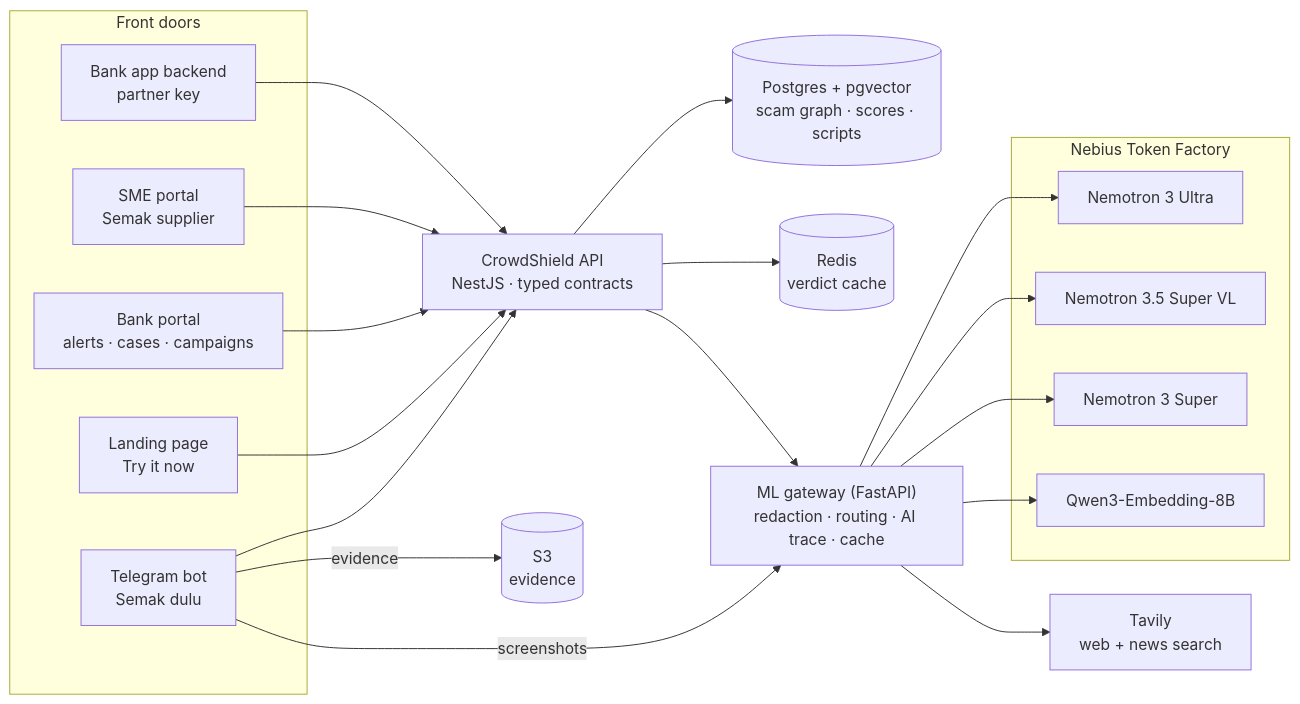
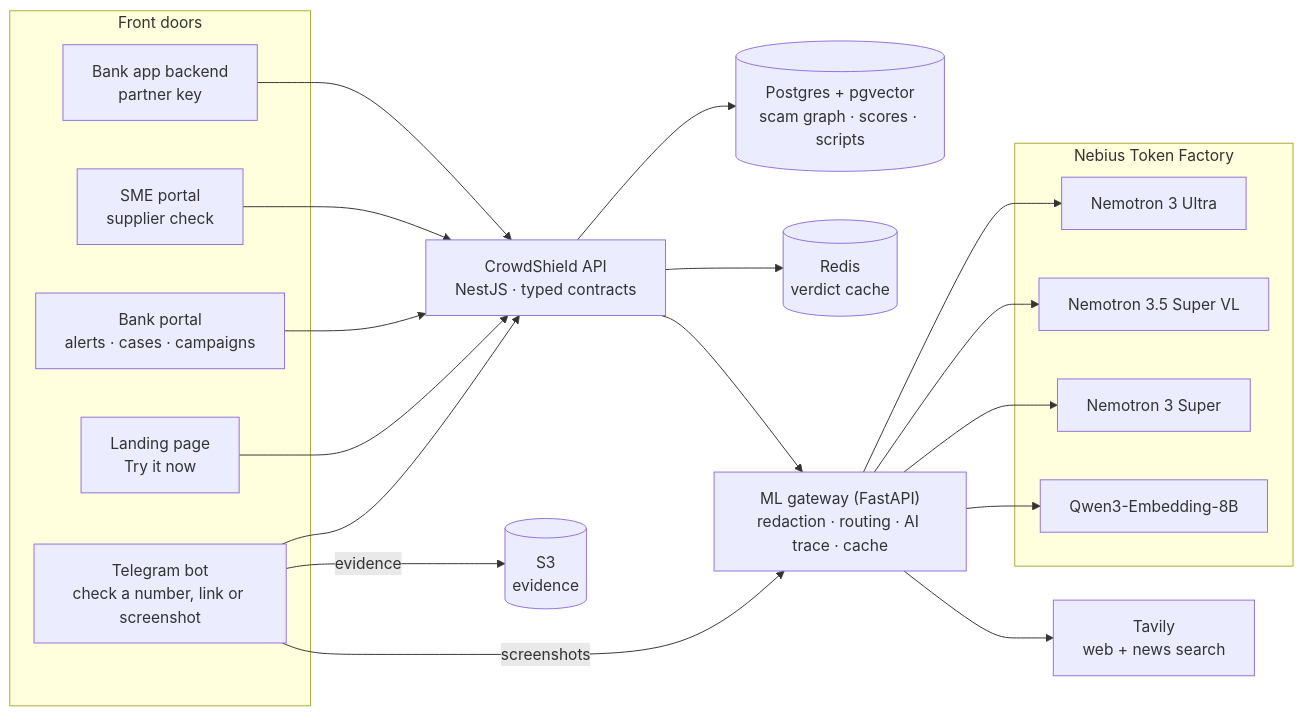
One commit to 0xhaz/crowdshield changed the diagram in README.md. Above: the diagram before and after it, drawn with Mermaid. The commit also changed other lines of this file and 5 other files, not shown here.

````diff
--- a/README.md
+++ b/README.md
@@ -51,29 +51,29 @@
 ```mermaid
 flowchart LR
   subgraph doors["Front doors"]
-    TG["Telegram bot<br/>Semak dulu"]
+    TG["Telegram bot<br/>check a number, link or screenshot"]
     LP["Landing page<br/>Try it now"]
     BANK["Bank portal<br/>alerts · cases · campaigns"]
-    SME["SME portal<br/>Semak supplier"]
+    SME["SME portal<br/>supplier check"]
     APP["Bank app backend<br/>partner key"]
   end
   API["CrowdShield API<br/>NestJS · typed contracts"]
   PG[("Postgres + pgvector<br/>scam graph · scores · scripts")]
   RD[("Redis<br/>verdict cache")]
   S3[("S3<br/>evidence")]
   ML["ML gateway (FastAPI)<br/>redaction · routing · AI trace · cache"]
   subgraph nebius["Nebius Token Factory"]
     ULTRA["Nemotron 3 Ultra"]
     VL["Nemotron 3.5 Super VL"]
     SUPER["Nemotron 3 Super"]
     EMB["Qwen3-Embedding-8B"]
   end
   TAV["Tavily<br/>web + news search"]
   TG & LP & BANK & SME & APP --> API
   TG -- screenshots --> ML
   TG -- evidence --> S3
   API --> PG & RD
   API --> ML
   ML --> ULTRA & VL & SUPER & EMB
   ML --> TAV
 ```
````
